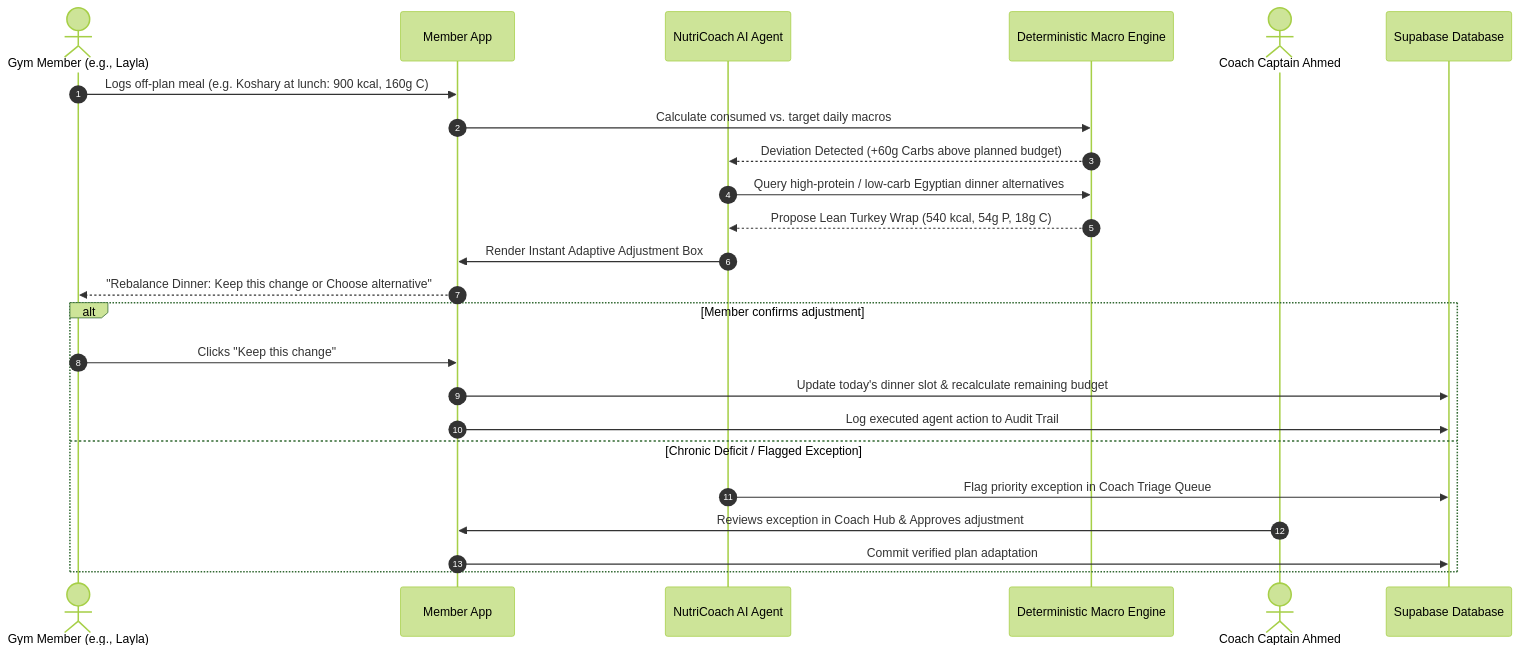
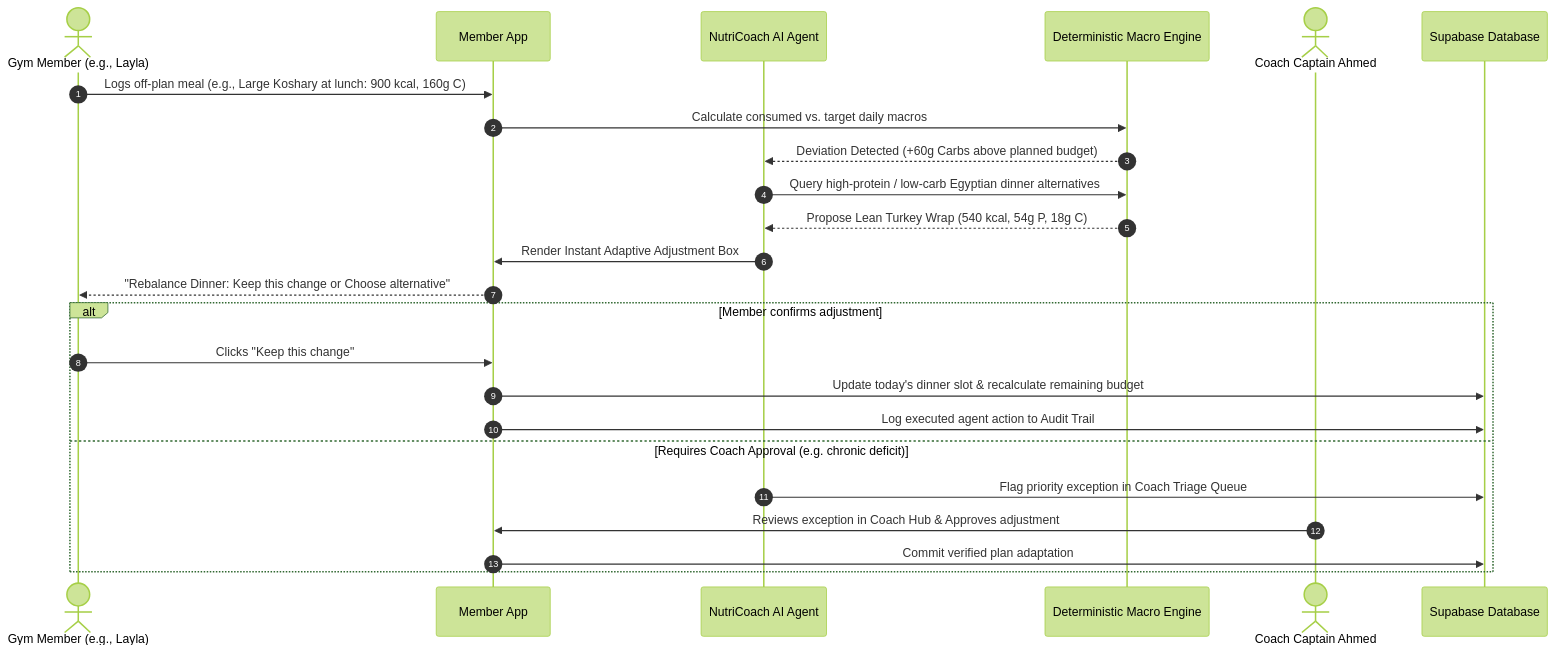
Before and after one commit to Kholoud-Alsaady/nutricoach-app: the second of 3 diagrams in README.md, drawn with Mermaid (forest theme). The commit also changed other lines of this file, not shown here.

Commit message:
Simplify README: concise overview, 2 interfaces, features, and architecture diagrams

````diff
--- a/README.md
+++ b/README.md
@@ -62,28 +61,30 @@
 ```mermaid
 sequenceDiagram
     autonumber
     actor Member as Gym Member (e.g., Layla)
     participant App as Member App
     participant AI as NutriCoach AI Agent
     participant Engine as Deterministic Macro Engine
     actor Coach as Coach Captain Ahmed
     participant DB as Supabase Database
 
-    Member->>App: Logs off-plan meal (e.g. Koshary at lunch: 900 kcal, 160g C)
+    Member->>App: Logs off-plan meal (e.g., Large Koshary at lunch: 900 kcal, 160g C)
     App->>Engine: Calculate consumed vs. target daily macros
     Engine-->>AI: Deviation Detected (+60g Carbs above planned budget)
+    
     AI->>Engine: Query high-protein / low-carb Egyptian dinner alternatives
     Engine-->>AI: Propose Lean Turkey Wrap (540 kcal, 54g P, 18g C)
+    
     AI->>App: Render Instant Adaptive Adjustment Box
     App-->>Member: "Rebalance Dinner: Keep this change or Choose alternative"
     
     alt Member confirms adjustment
         Member->>App: Clicks "Keep this change"
         App->>DB: Update today's dinner slot & recalculate remaining budget
         App->>DB: Log executed agent action to Audit Trail
-    else Chronic Deficit / Flagged Exception
+    else Requires Coach Approval (e.g. chronic deficit)
         AI->>DB: Flag priority exception in Coach Triage Queue
         Coach->>App: Reviews exception in Coach Hub & Approves adjustment
         App->>DB: Commit verified plan adaptation
     end
 ```
````
